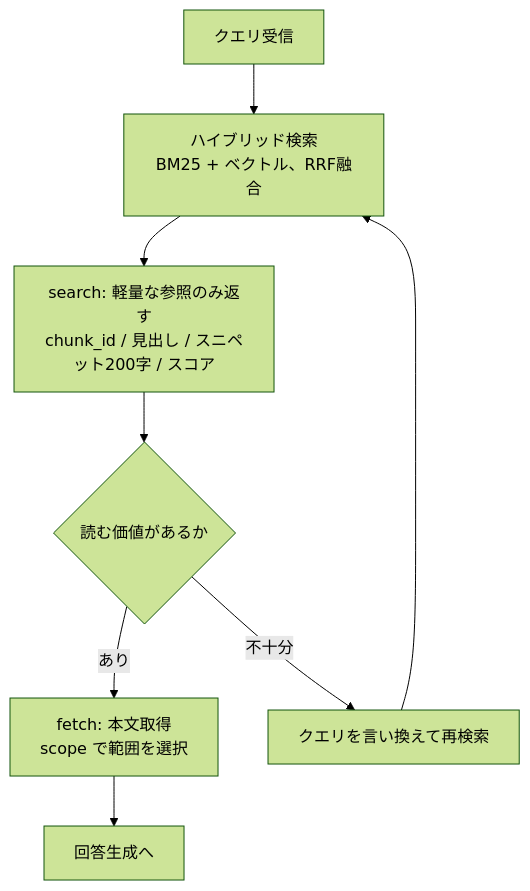
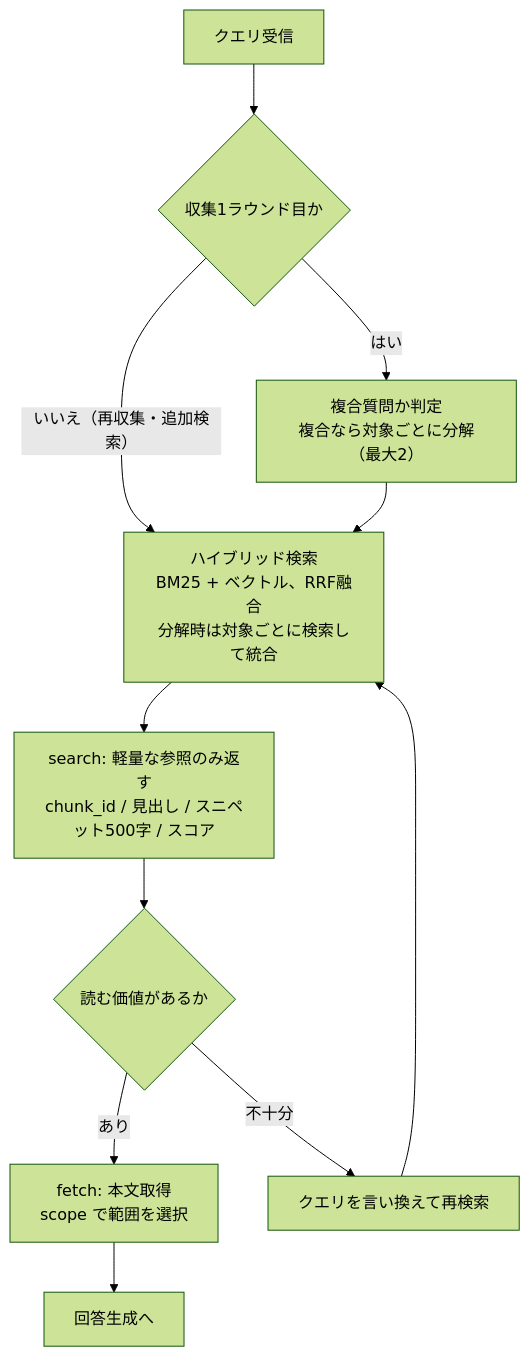
The second of 2 diagrams in docs/architecture.md (ryota0051/agentic-rag-lab), drawn with Mermaid (forest theme) before and after one commit. The commit also changed other lines of this file and 13 other files, not shown here.

````diff
--- a/docs/architecture.md
+++ b/docs/architecture.md
@@ -86,10 +86,13 @@
 ```mermaid
 flowchart TD
-    A[クエリ受信] --> B["ハイブリッド検索<br/>BM25 + ベクトル、RRF融合"]
-    B --> C["search: 軽量な参照のみ返す<br/>chunk_id / 見出し / スニペット200字 / スコア"]
+    A[クエリ受信] --> Z{収集1ラウンド目か}
+    Z -->|はい| Y["複合質問か判定<br/>複合なら対象ごとに分解（最大2）"]
+    Z -->|いいえ（再収集・追加検索）| B
+    Y --> B["ハイブリッド検索<br/>BM25 + ベクトル、RRF融合<br/>分解時は対象ごとに検索して統合"]
+    B --> C["search: 軽量な参照のみ返す<br/>chunk_id / 見出し / スニペット500字 / スコア"]
     C --> D{読む価値があるか}
     D -->|あり| E["fetch: 本文取得<br/>scope で範囲を選択"]
     D -->|不十分| F[クエリを言い換えて再検索]
     F --> B
     E --> G[回答生成へ]
 ```
````
